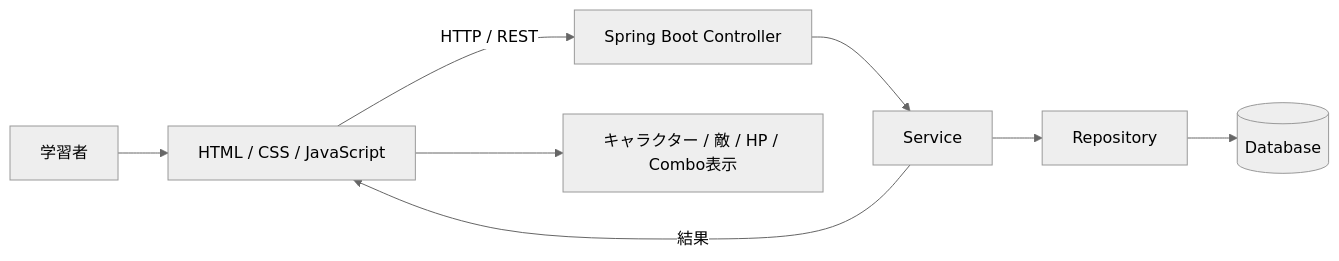
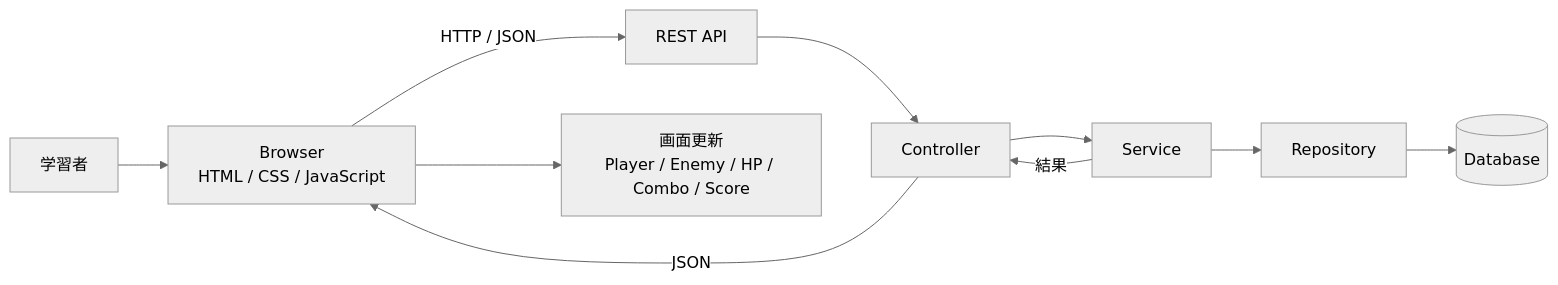
One commit to suu-dev-0203/graduation_JAVAgame changed diagram 13 of 27 in README.md. Above: the diagram before and after it, drawn with Mermaid (neutral theme). The commit also changed other lines of this file, not shown here.

````diff
--- a/README.md
+++ b/README.md
@@ -437,10 +426,21 @@
 ```mermaid
 flowchart LR
-    U[学習者] --> F[HTML / CSS / JavaScript]
-    F -->|HTTP / REST| C[Spring Boot Controller]
-    C --> S[Service]
-    S --> R[Repository]
-    R --> DB[(Database)]
-    S -->|結果| F
-    F --> G[キャラクター / 敵 / HP / Combo表示]
+    U[学習者]
+    F[Browser<br/>HTML / CSS / JavaScript]
+    API[REST API]
+    C[Controller]
+    S[Service]
+    R[Repository]
+    DB[(Database)]
+    UI[画面更新<br/>Player / Enemy / HP / Combo / Score]
+
+    U --> F
+    F -->|HTTP / JSON| API
+    API --> C
+    C --> S
+    S --> R
+    R --> DB
+    S -->|結果| C
+    C -->|JSON| F
+    F --> UI
 ```
````
